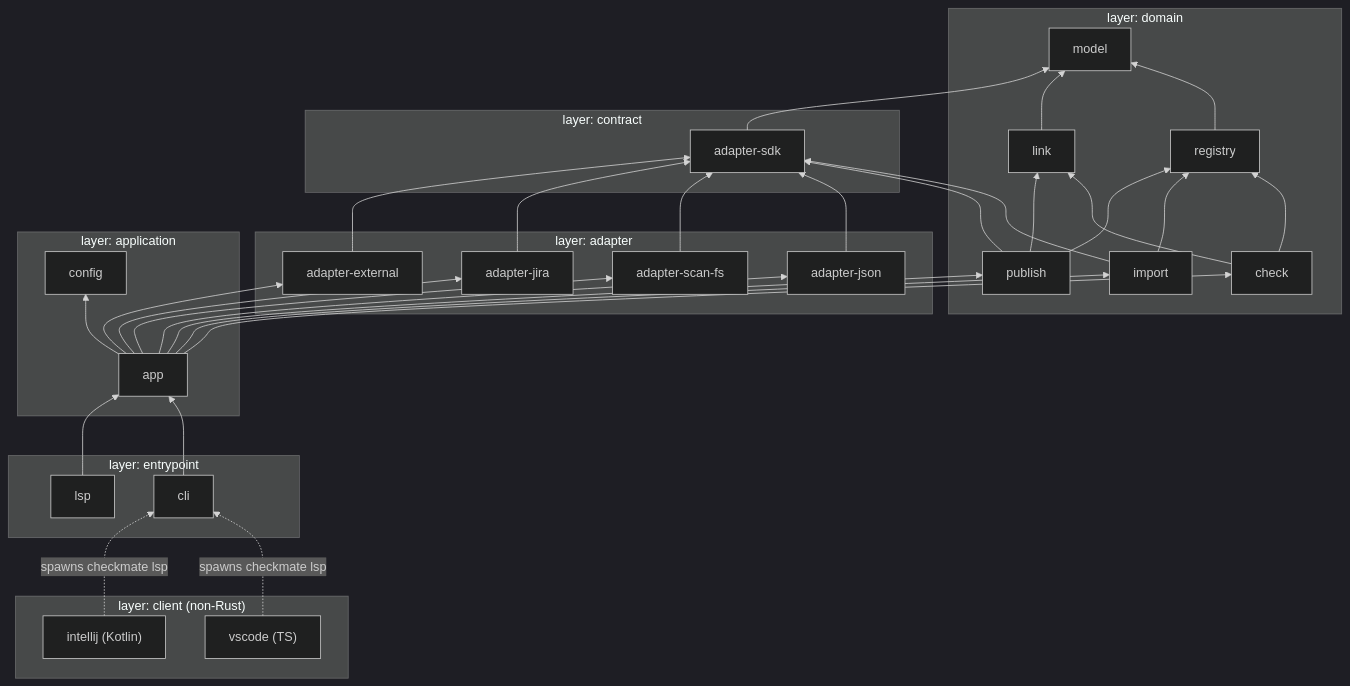
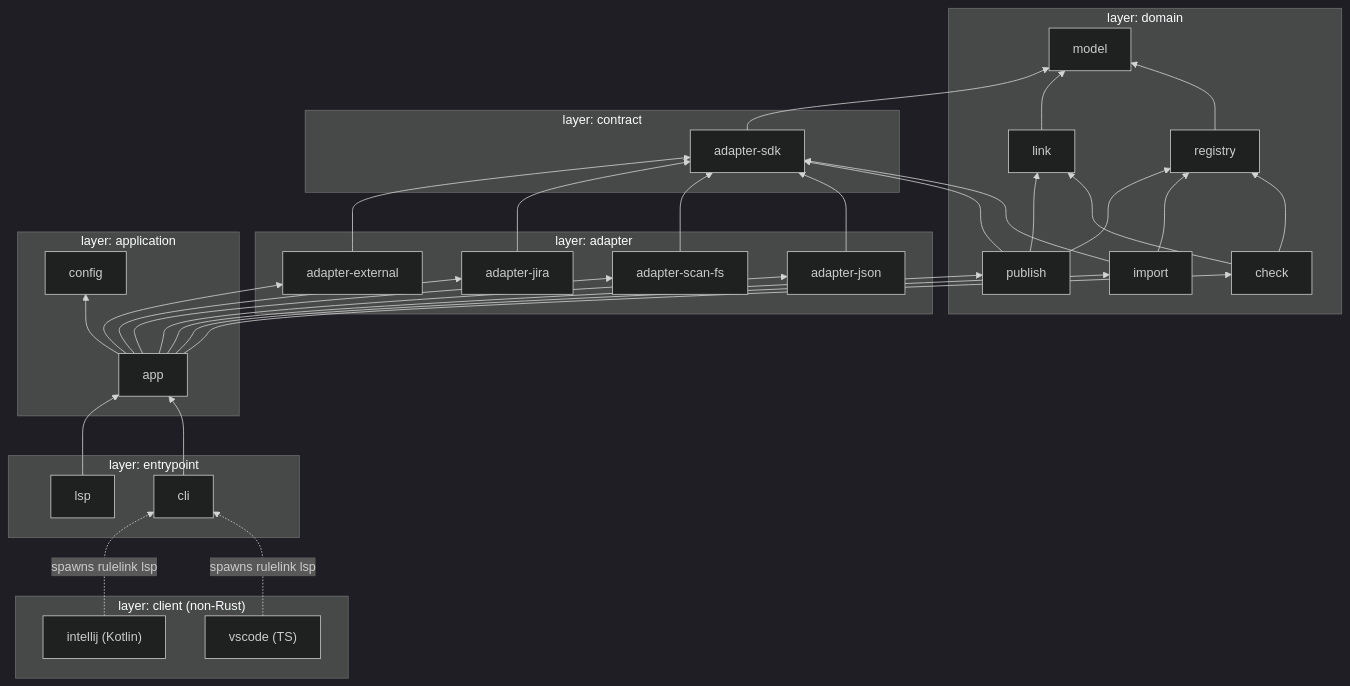
One commit to E-Jacques/Rulelink changed the first of 2 diagrams in docs/repository/01-repository-structure.md. Above: the diagram before and after it, drawn with Mermaid (dark theme). The commit also changed other lines of this file and 126 other files, not shown here.

First line of the commit message:
chore: rename the project from Checkmate to Rulelink (#6)

````diff
--- a/docs/repository/01-repository-structure.md
+++ b/docs/repository/01-repository-structure.md
@@ -137,45 +137,45 @@
 ```mermaid
 flowchart BT
     subgraph DOMAIN["layer: domain"]
         model["model"]
         registry["registry"]
         link["link"]
         check["check"]
         import["import"]
         publish["publish"]
     end
     subgraph CONTRACT["layer: contract"]
         sdk["adapter-sdk"]
     end
     subgraph ADAPTERS["layer: adapter"]
         ajson["adapter-json"]
         ascan["adapter-scan-fs"]
         ajira["adapter-jira"]
         aext["adapter-external"]
     end
     subgraph APPL["layer: application"]
         config["config"]
         app["app"]
     end
     subgraph ENTRY["layer: entrypoint"]
         cli["cli"]
         lsp["lsp"]
     end
     subgraph EXT["layer: client (non-Rust)"]
         vscode["vscode (TS)"]
         intellij["intellij (Kotlin)"]
     end
 
     registry --> model
     link --> model
     check --> registry & link
     import --> registry & sdk
     publish --> registry & link & sdk
     sdk --> model
     ajson & ascan & ajira & aext --> sdk
     app --> check & import & publish & config
     app --> ajson & ascan & ajira & aext
     cli & lsp --> app
-    vscode -.->|"spawns checkmate lsp"| cli
-    intellij -.->|"spawns checkmate lsp"| cli
+    vscode -.->|"spawns rulelink lsp"| cli
+    intellij -.->|"spawns rulelink lsp"| cli
 ```
````
